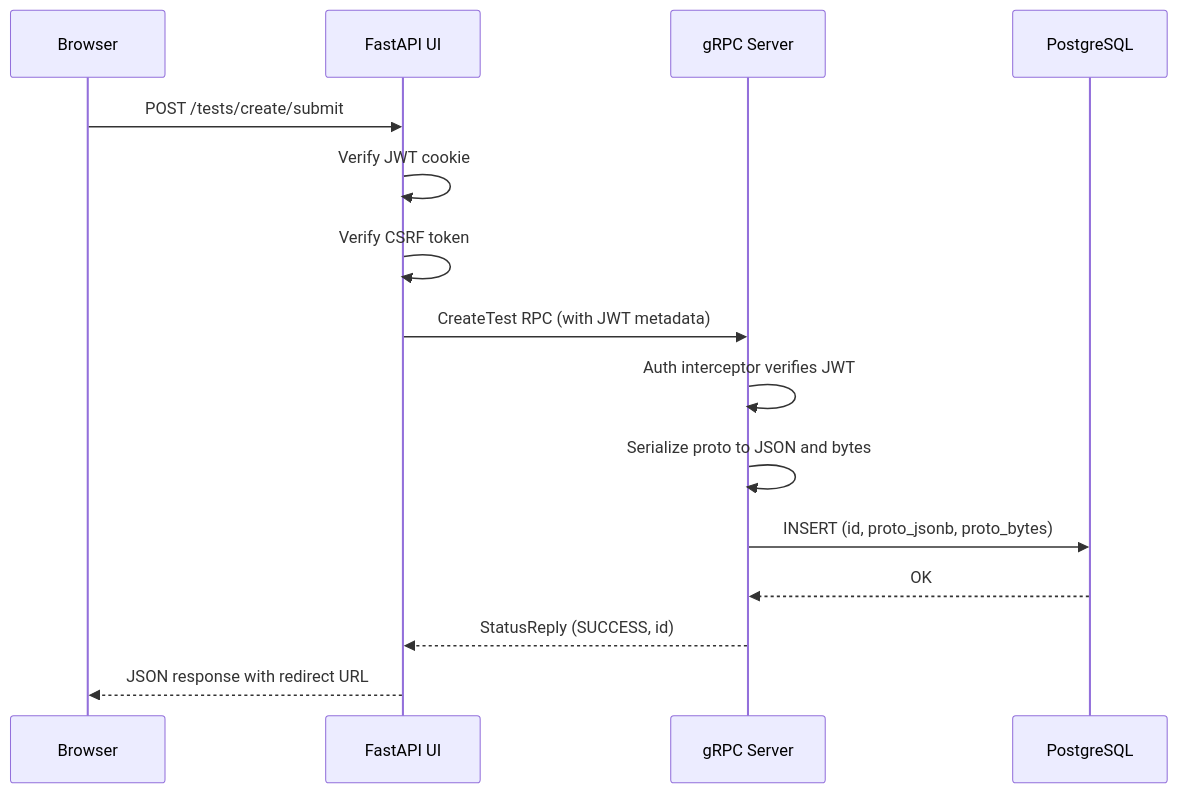
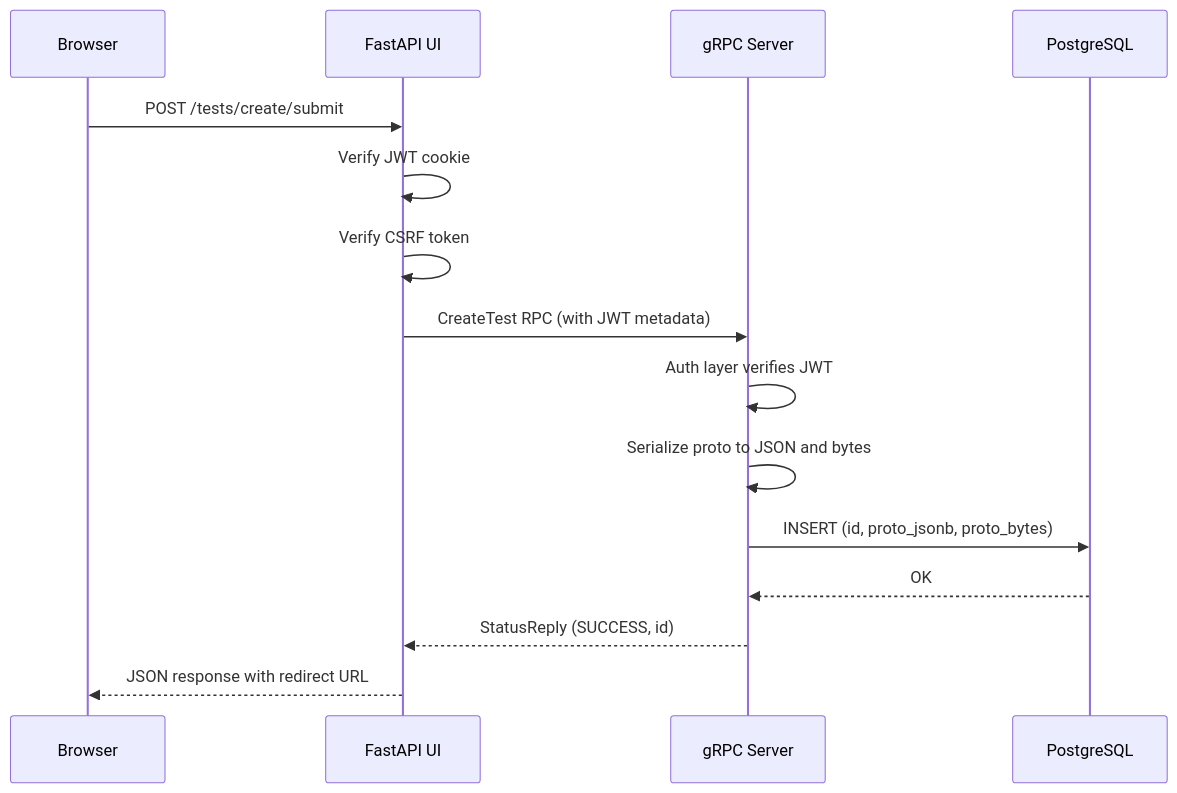
The second of 8 diagrams in docs/mpac_guide.md (pelidum/mpac), drawn with Mermaid before and after one commit. The commit also changed other lines of this file and 286 other files, not shown here.

````diff
--- a/docs/mpac_guide.md
+++ b/docs/mpac_guide.md
@@ -231,18 +289,18 @@
 ```mermaid
 sequenceDiagram
     participant B as Browser
     participant UI as FastAPI UI
     participant S as gRPC Server
     participant DB as PostgreSQL
 
     B->>UI: POST /tests/create/submit
     UI->>UI: Verify JWT cookie
     UI->>UI: Verify CSRF token
     UI->>S: CreateTest RPC (with JWT metadata)
-    S->>S: Auth interceptor verifies JWT
+    S->>S: Auth layer verifies JWT
     S->>S: Serialize proto to JSON and bytes
     S->>DB: INSERT (id, proto_jsonb, proto_bytes)
     DB-->>S: OK
     S-->>UI: StatusReply (SUCCESS, id)
     UI-->>B: JSON response with redirect URL
 ```
````
